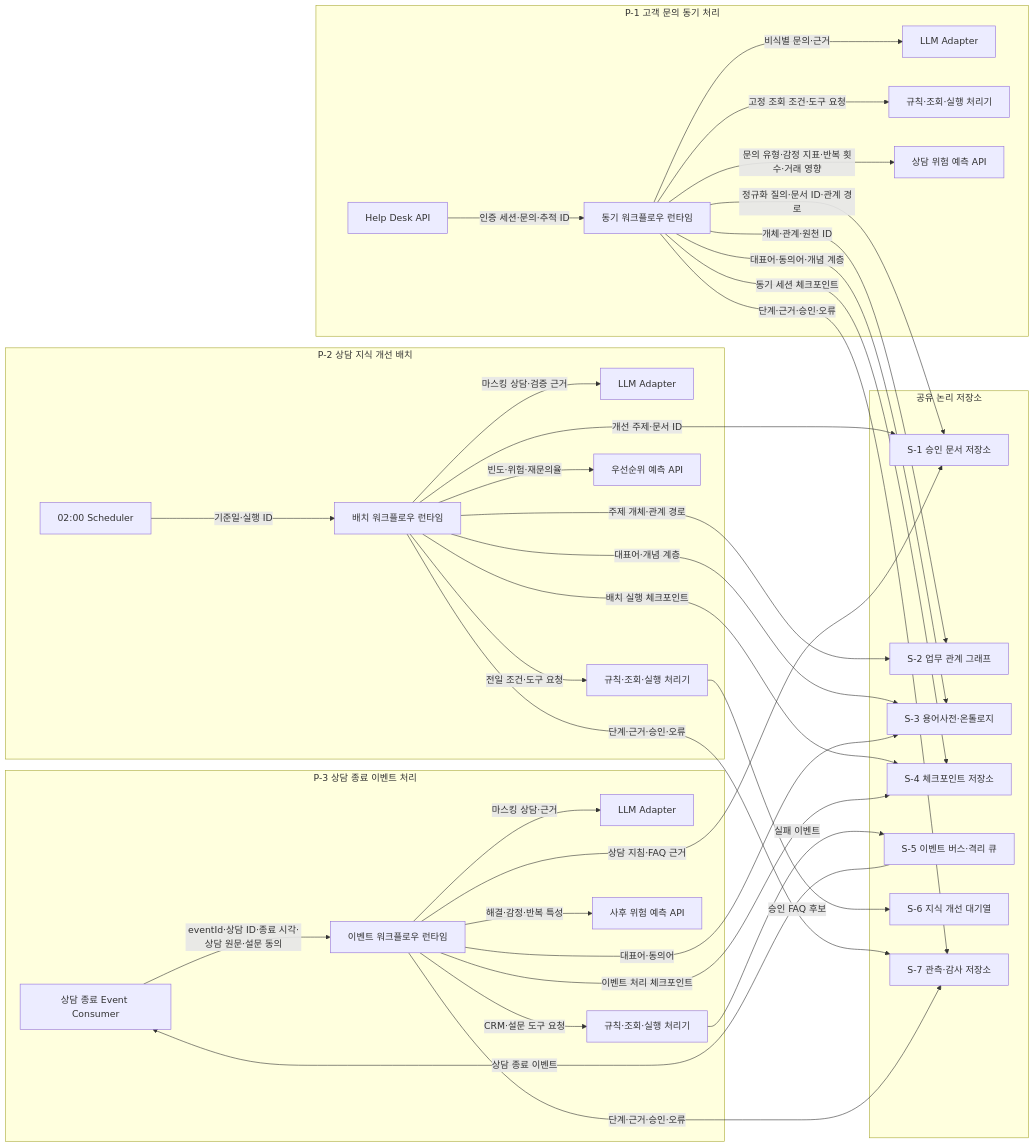
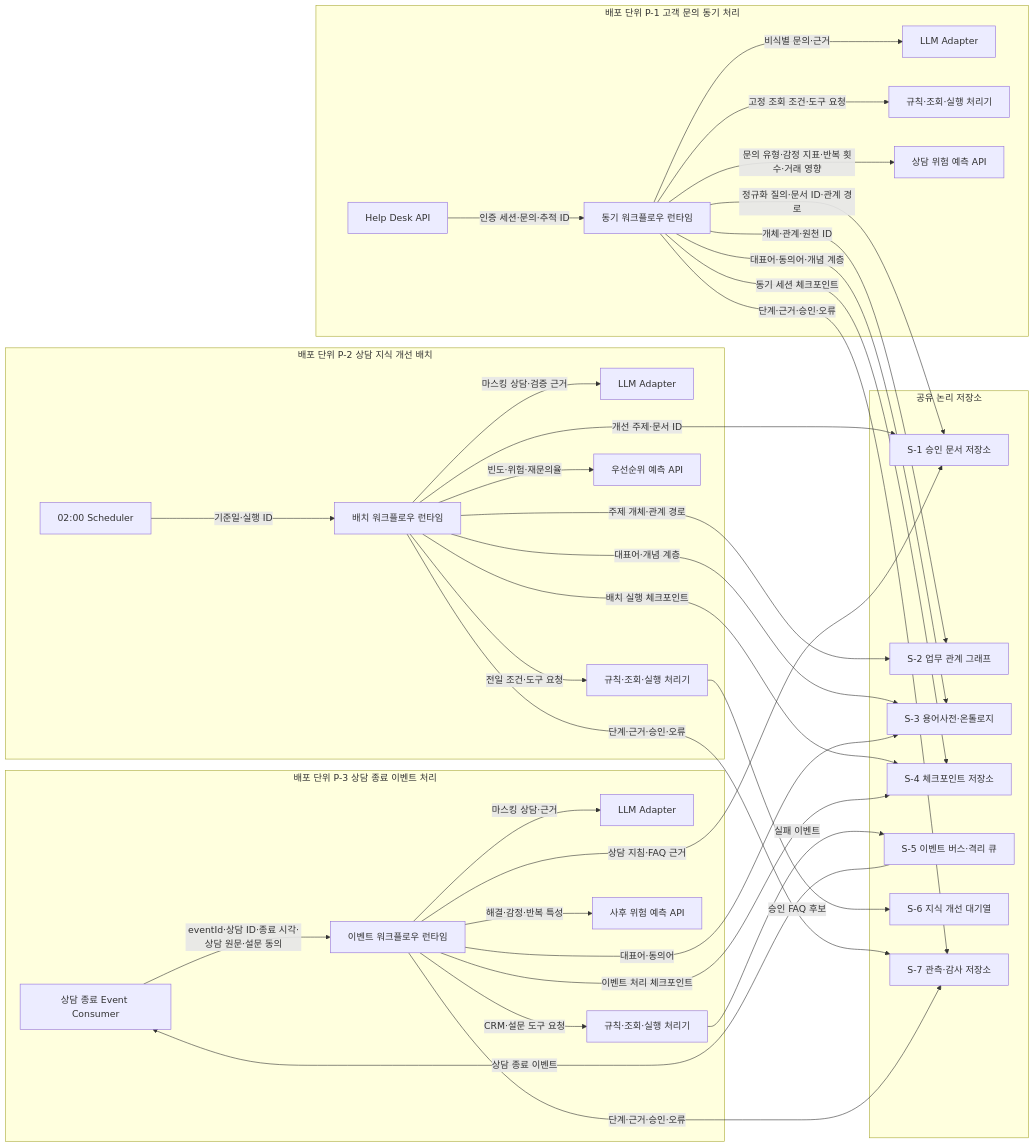
One commit to unicorn-campus/design-agentic-ai changed the second of 2 diagrams in output/design/02-논리아키텍처.md. Above: the diagram before and after it, drawn with Mermaid. The commit also changed other lines of this file and 102 other files, not shown here.

````diff
--- a/output/design/02-논리아키텍처.md
+++ b/output/design/02-논리아키텍처.md
@@ -66,66 +69,66 @@
 ```mermaid
 flowchart LR
-  subgraph P1["P-1 고객 문의 동기 처리"]
+  subgraph P1["배포 단위 P-1 고객 문의 동기 처리"]
     API["Help Desk API"]
     RUNTIME1["동기 워크플로우 런타임"]
     ADAPTER1["LLM Adapter"]
     RULE1["규칙·조회·실행 처리기"]
     RISK1["상담 위험 예측 API"]
     API -->|"인증 세션·문의·추적 ID"| RUNTIME1
     RUNTIME1 -->|"비식별 문의·근거"| ADAPTER1
     RUNTIME1 -->|"고정 조회 조건·도구 요청"| RULE1
     RUNTIME1 -->|"문의 유형·감정 지표·반복 횟수·거래 영향"| RISK1
   end
 
-  subgraph P2["P-2 상담 지식 개선 배치"]
+  subgraph P2["배포 단위 P-2 상담 지식 개선 배치"]
     SCHED["02:00 Scheduler"]
     RUNTIME2["배치 워크플로우 런타임"]
     ADAPTER2["LLM Adapter"]
     RULE2["규칙·조회·실행 처리기"]
     RISK2["우선순위 예측 API"]
     SCHED -->|"기준일·실행 ID"| RUNTIME2
     RUNTIME2 -->|"마스킹 상담·검증 근거"| ADAPTER2
     RUNTIME2 -->|"전일 조건·도구 요청"| RULE2
     RUNTIME2 -->|"빈도·위험·재문의율"| RISK2
   end
 
-  subgraph P3["P-3 상담 종료 이벤트 처리"]
+  subgraph P3["배포 단위 P-3 상담 종료 이벤트 처리"]
     CONSUMER["상담 종료 Event Consumer"]
     RUNTIME3["이벤트 워크플로우 런타임"]
     ADAPTER3["LLM Adapter"]
     RULE3["규칙·조회·실행 처리기"]
     RISK3["사후 위험 예측 API"]
     CONSUMER -->|"eventId·상담 ID·종료 시각·상담 원문·설문 동의"| RUNTIME3
     RUNTIME3 -->|"마스킹 상담·근거"| ADAPTER3
     RUNTIME3 -->|"CRM·설문 도구 요청"| RULE3
     RUNTIME3 -->|"해결·감정·반복 특성"| RISK3
   end
 
   subgraph STORES["공유 논리 저장소"]
     DOCS["S-1 승인 문서 저장소"]
     GRAPH["S-2 업무 관계 그래프"]
     DICT["S-3 용어사전·온톨로지"]
     CHECK["S-4 체크포인트 저장소"]
     EVENT["S-5 이벤트 버스·격리 큐"]
     REVIEW["S-6 지식 개선 대기열"]
     AUDIT["S-7 관측·감사 저장소"]
   end
 
   RUNTIME1 -->|"정규화 질의·문서 ID·관계 경로"| DOCS
   RUNTIME1 -->|"개체·관계·원천 ID"| GRAPH
   RUNTIME1 -->|"대표어·동의어·개념 계층"| DICT
   RUNTIME2 -->|"개선 주제·문서 ID"| DOCS
   RUNTIME2 -->|"주제 개체·관계 경로"| GRAPH
   RUNTIME2 -->|"대표어·개념 계층"| DICT
   RUNTIME3 -->|"상담 지침·FAQ 근거"| DOCS
   RUNTIME3 -->|"대표어·동의어"| DICT
   RUNTIME1 -->|"동기 세션 체크포인트"| CHECK
   RUNTIME2 -->|"배치 실행 체크포인트"| CHECK
   RUNTIME3 -->|"이벤트 처리 체크포인트"| CHECK
   EVENT -->|"상담 종료 이벤트"| CONSUMER
   RULE2 -->|"승인 FAQ 후보"| REVIEW
   RULE3 -->|"실패 이벤트"| EVENT
   RUNTIME1 -->|"단계·근거·승인·오류"| AUDIT
   RUNTIME2 -->|"단계·근거·승인·오류"| AUDIT
   RUNTIME3 -->|"단계·근거·승인·오류"| AUDIT
 ```
````
